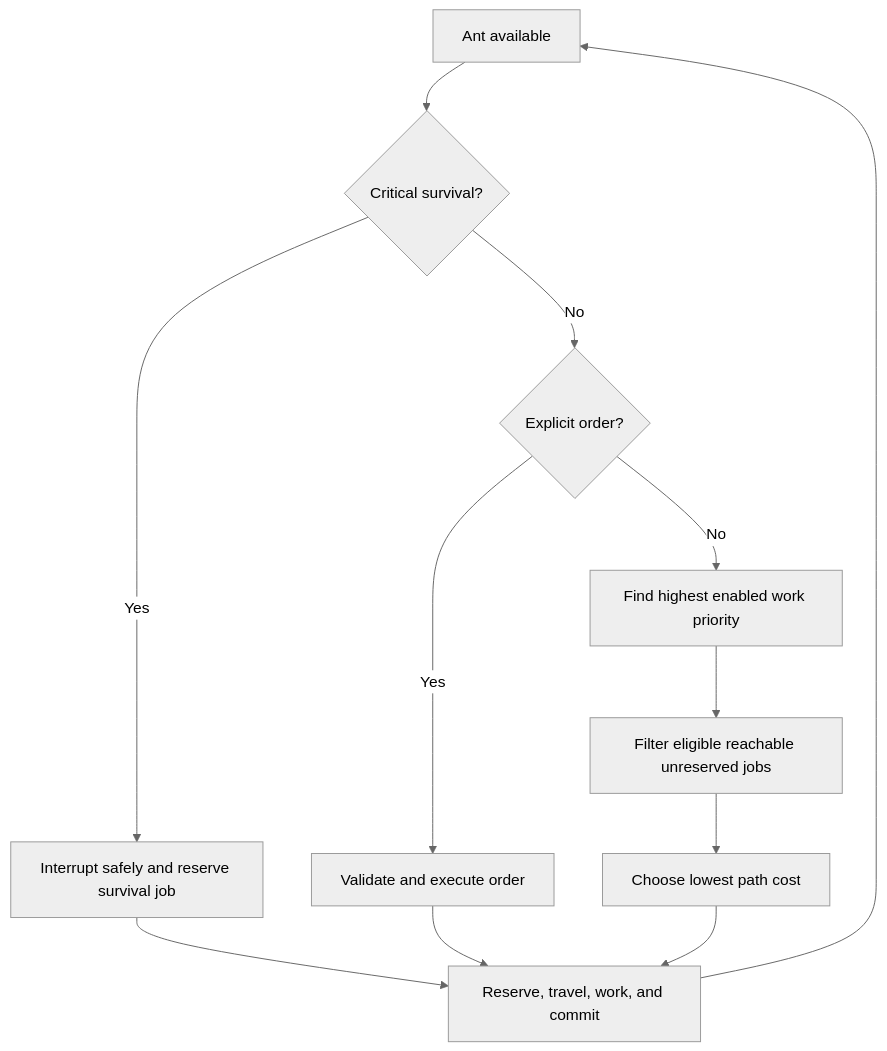
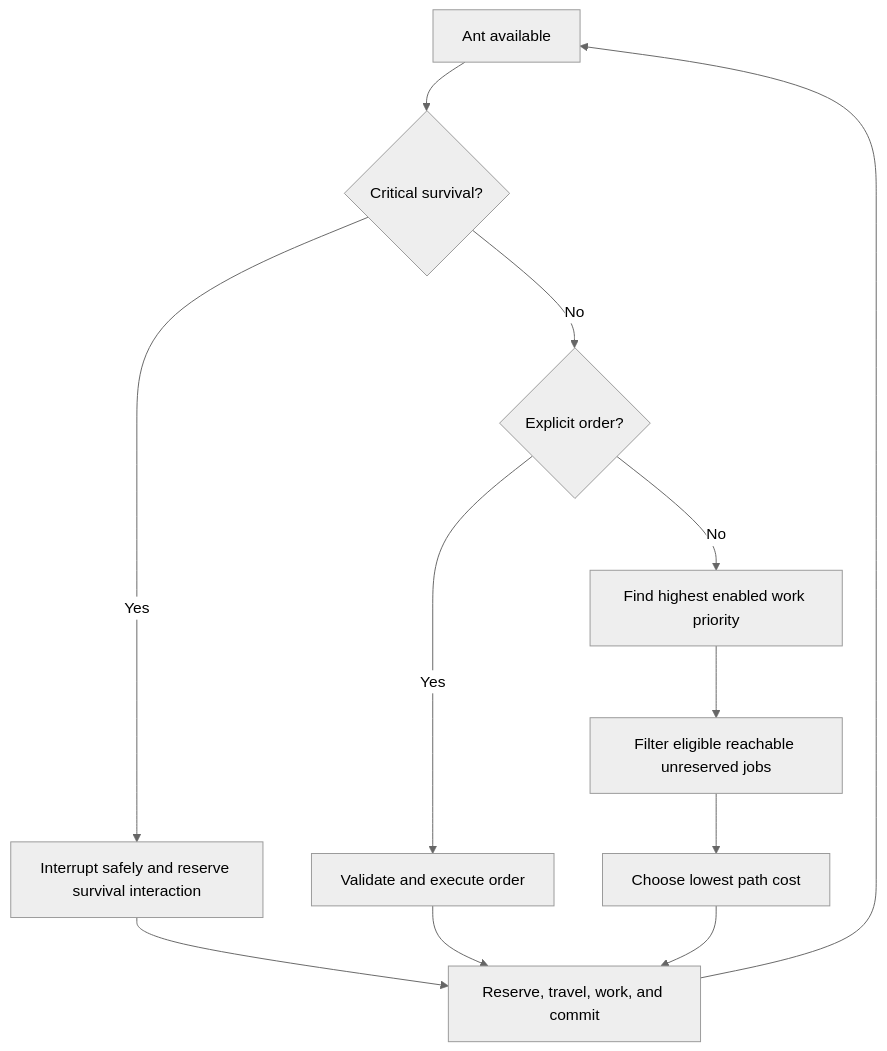
The diagram in docs/ant-ai-job-management.md (Stevr0/AntGame), drawn with Mermaid (neutral theme) before and after one commit. The commit also changed other lines of this file and 22 other files, not shown here.

````diff
--- a/docs/ant-ai-job-management.md
+++ b/docs/ant-ai-job-management.md
@@ -24,14 +26,14 @@
 ```mermaid
 flowchart TD
   A[Ant available] --> S{Critical survival?}
-  S -- Yes --> I[Interrupt safely and reserve survival job]
+  S -- Yes --> I[Interrupt safely and reserve survival interaction]
   S -- No --> O{Explicit order?}
   O -- Yes --> E[Validate and execute order]
   O -- No --> P[Find highest enabled work priority]
   P --> R[Filter eligible reachable unreserved jobs]
   R --> C[Choose lowest path cost]
   C --> X[Reserve, travel, work, and commit]
   I --> X
   E --> X
   X --> A
 ```
````
